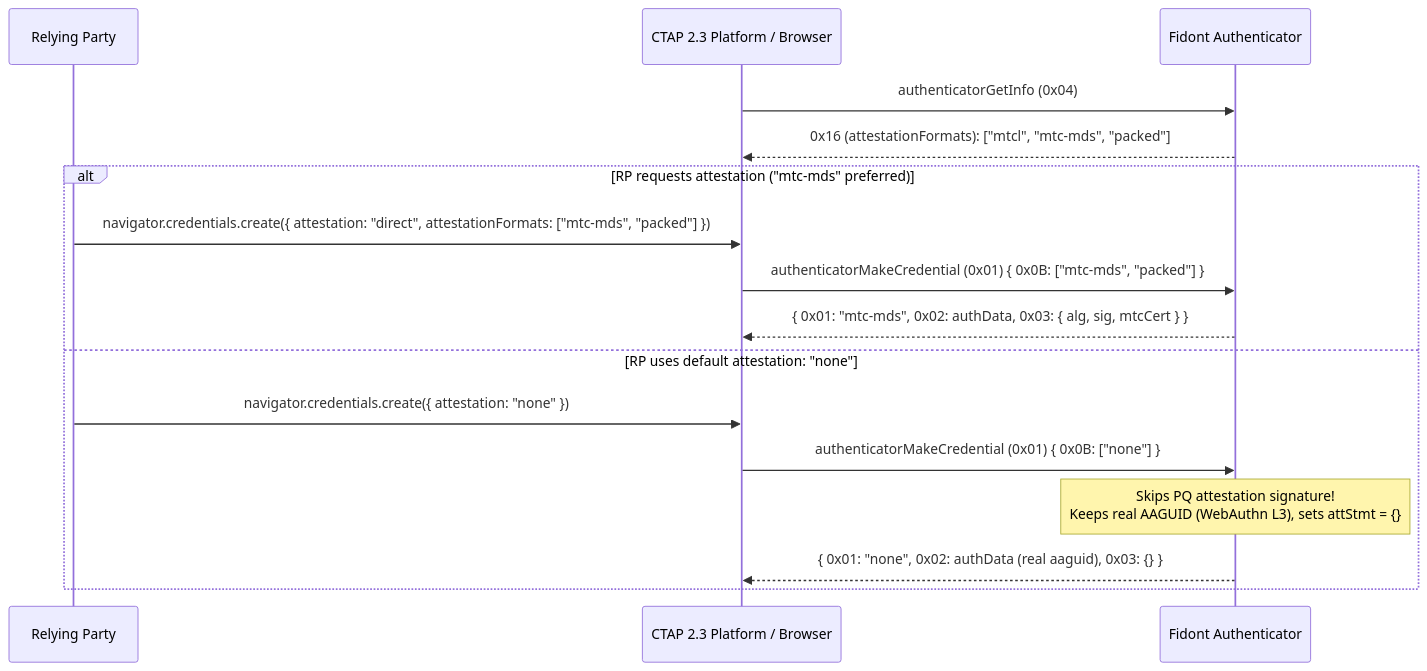
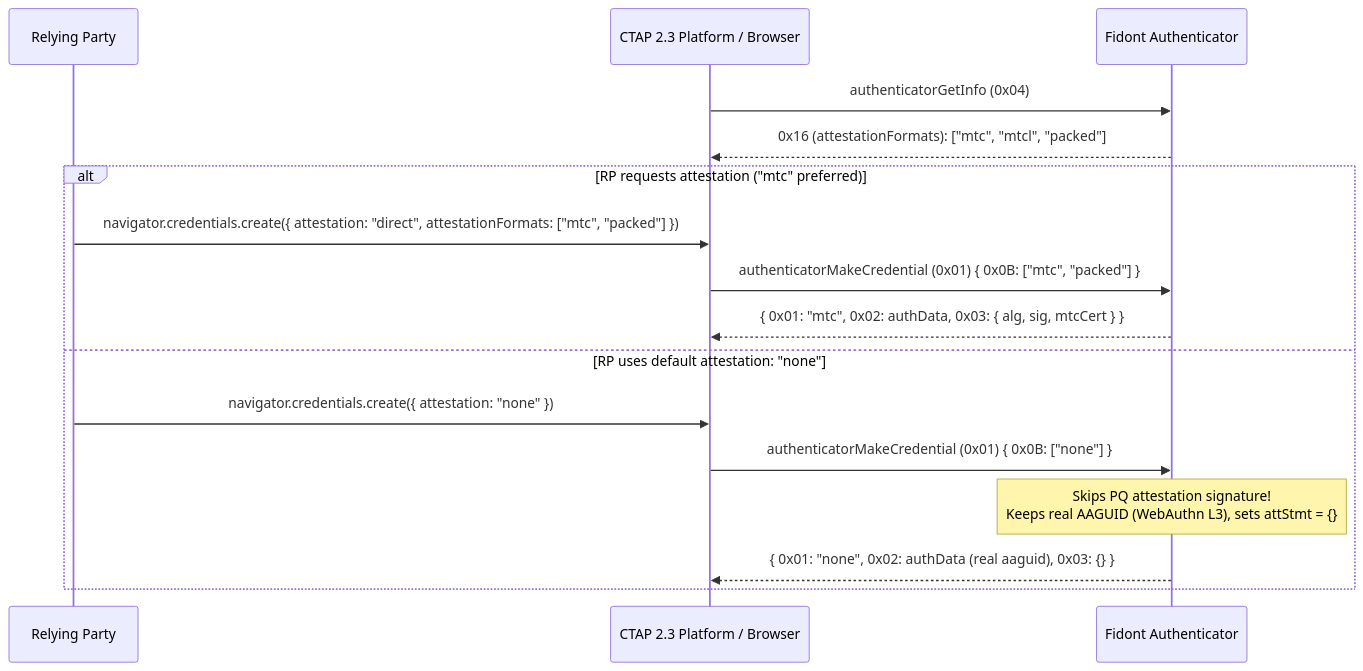
The second of 4 diagrams in pq_mtc_attestation_proposal.md (ve7jtb/ve7jtb.github.io), drawn with Mermaid before and after one commit. The commit also changed other lines of this file and 9 other files, not shown here.

Commit message:
Update preferred compact MTC format to mtc (formerly mtc-mds) per Authenticate 2026 CTAP2 TWG consensus

````diff
--- a/pq_mtc_attestation_proposal.md
+++ b/pq_mtc_attestation_proposal.md
@@ -435,19 +442,19 @@
 ```mermaid
 sequenceDiagram
     participant RP as Relying Party
     participant Client as CTAP 2.3 Platform / Browser
     participant Authnr as Fidont Authenticator
 
     Client->>Authnr: authenticatorGetInfo (0x04)
-    Authnr-->>Client: 0x16 (attestationFormats): ["mtcl", "mtc-mds", "packed"]
-    alt RP requests attestation ("mtc-mds" preferred)
-        RP->>Client: navigator.credentials.create({ attestation: "direct", attestationFormats: ["mtc-mds", "packed"] })
-        Client->>Authnr: authenticatorMakeCredential (0x01) { 0x0B: ["mtc-mds", "packed"] }
-        Authnr-->>Client: { 0x01: "mtc-mds", 0x02: authData, 0x03: { alg, sig, mtcCert } }
+    Authnr-->>Client: 0x16 (attestationFormats): ["mtc", "mtcl", "packed"]
+    alt RP requests attestation ("mtc" preferred)
+        RP->>Client: navigator.credentials.create({ attestation: "direct", attestationFormats: ["mtc", "packed"] })
+        Client->>Authnr: authenticatorMakeCredential (0x01) { 0x0B: ["mtc", "packed"] }
+        Authnr-->>Client: { 0x01: "mtc", 0x02: authData, 0x03: { alg, sig, mtcCert } }
     else RP uses default attestation: "none"
         RP->>Client: navigator.credentials.create({ attestation: "none" })
         Client->>Authnr: authenticatorMakeCredential (0x01) { 0x0B: ["none"] }
         Note over Authnr: Skips PQ attestation signature!<br/>Keeps real AAGUID (WebAuthn L3), sets attStmt = {}
         Authnr-->>Client: { 0x01: "none", 0x02: authData (real aaguid), 0x03: {} }
     end
 ```
````
